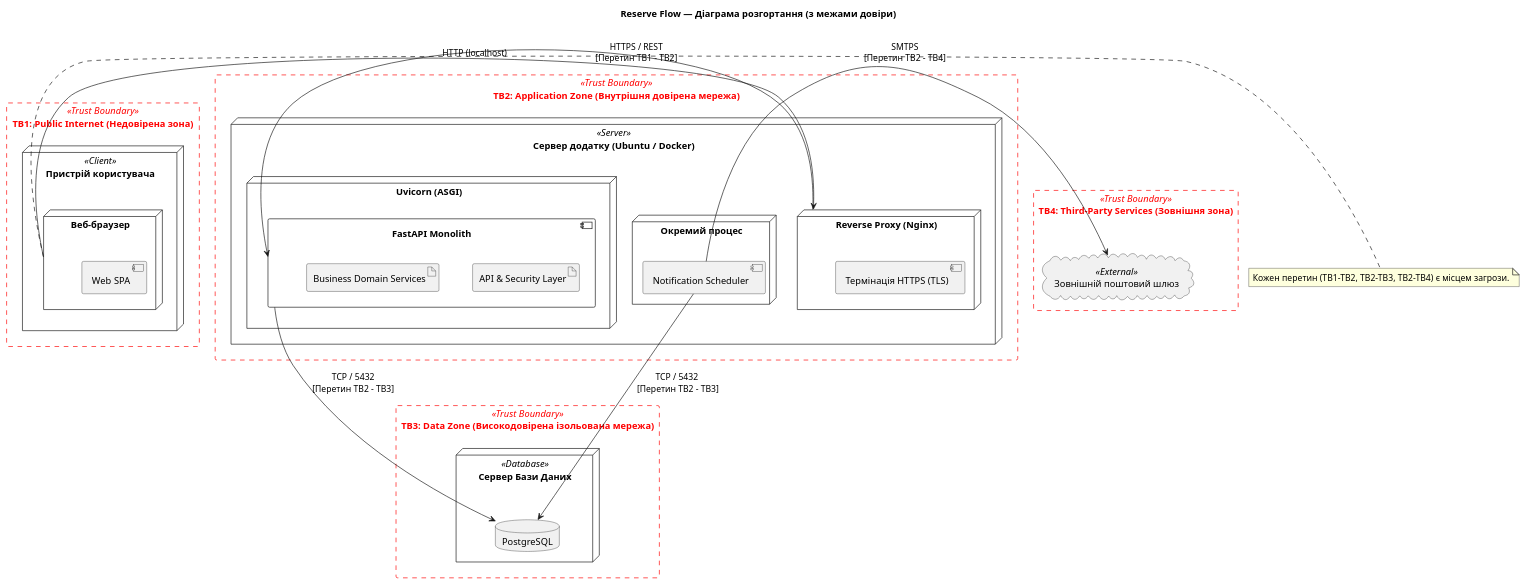
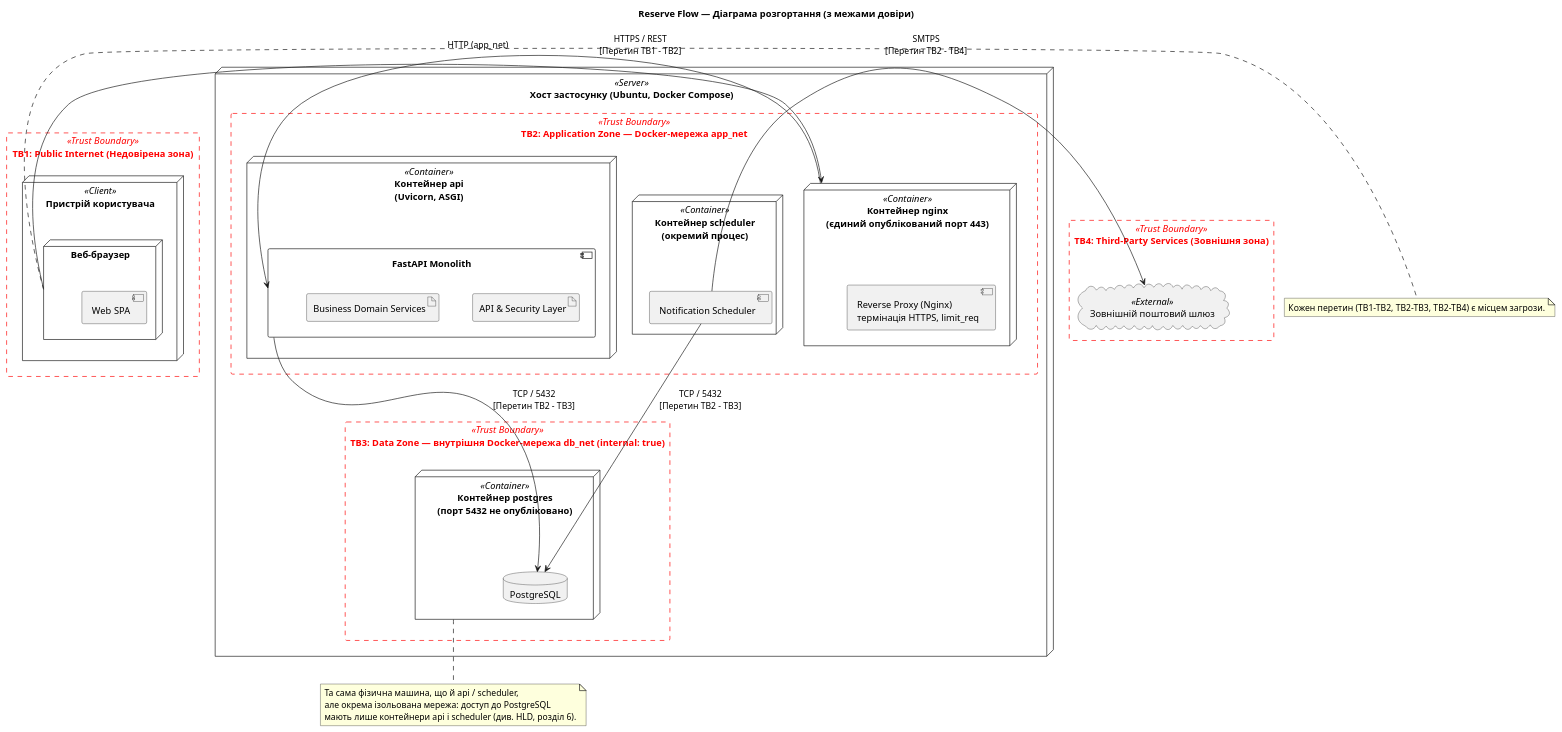
One commit to ukma-fin-ssdm-2026/reserve-flow changed the diagram in docs/architecture/uml/deployment.puml. Above: the diagram before and after it, drawn with PlantUML.

Commit message:
docs: Refactor deployment diagram with Docker containers

```diff
--- a/docs/architecture/uml/deployment.puml
+++ b/docs/architecture/uml/deployment.puml
@@ -1,65 +1,73 @@
 @startuml
 skinparam componentStyle uml2
 skinparam nodesep 50
 skinparam ranksep 50
 
 ' Налаштування стилю для меж довіри (Trust Boundaries)
 skinparam rectangle<<Trust Boundary>> {
     BorderColor Red
     BorderStyle dashed
     FontColor Red
     BackgroundColor transparent
     Shadowing false
 }
 
 title Reserve Flow — Діаграма розгортання (з межами довіри)
 
 rectangle "TB1: Public Internet (Недовірена зона)" <<Trust Boundary>> {
     node "Пристрій користувача" as ClientNode <<Client>> {
         node "Веб-браузер" as Browser {
             component "Web SPA" as SPA
         }
     }
 }
 
-rectangle "TB2: Application Zone (Внутрішня довірена мережа)" <<Trust Boundary>> {
-    node "Сервер додатку (Ubuntu / Docker)" as AppServer <<Server>> {
-        node "Reverse Proxy (Nginx)" as Proxy {
-            component "Термінація HTTPS (TLS)" as TLS
+node "Хост застосунку (Ubuntu, Docker Compose)" as Host <<Server>> {
+
+    rectangle "TB2: Application Zone — Docker-мережа app_net" <<Trust Boundary>> {
+        node "Контейнер nginx\n(єдиний опублікований порт 443)" as Proxy <<Container>> {
+            component "Reverse Proxy (Nginx)\nтермінація HTTPS, limit_req" as TLS
         }
-        node "Uvicorn (ASGI)" {
+        node "Контейнер api\n(Uvicorn, ASGI)" as ApiNode <<Container>> {
             component "FastAPI Monolith" as FastAPI {
                 artifact "API & Security Layer"
                 artifact "Business Domain Services"
             }
         }
-        node "Окремий процес" {
+        node "Контейнер scheduler\n(окремий процес)" as WorkerNode <<Container>> {
             component "Notification Scheduler" as Worker
         }
     }
-}
 
-rectangle "TB3: Data Zone (Високодовірена ізольована мережа)" <<Trust Boundary>> {
-    node "Сервер Бази Даних" as DBServer <<Database>> {
-        database "PostgreSQL" as Postgres
+    rectangle "TB3: Data Zone — внутрішня Docker-мережа db_net (internal: true)" <<Trust Boundary>> {
+        node "Контейнер postgres\n(порт 5432 не опубліковано)" as DBNode <<Container>> {
+            database "PostgreSQL" as Postgres
+        }
     }
 }
 
 rectangle "TB4: Third-Party Services (Зовнішня зона)" <<Trust Boundary>> {
     cloud "Зовнішній поштовий шлюз" as SMTPServer <<External>>
 }
 
 ' Зв'язки та протоколи
 Browser -right-> Proxy : HTTPS / REST\n[Перетин TB1 - TB2]
-Proxy -right-> FastAPI : HTTP (localhost)
+Proxy -right-> FastAPI : HTTP (app_net)
 FastAPI -down-> Postgres : TCP / 5432\n[Перетин TB2 - TB3]
-Worker -up-> Postgres : TCP / 5432 \n[Перетин TB2 - TB3]
+Worker -down-> Postgres : TCP / 5432\n[Перетин TB2 - TB3]
 Worker -right-> SMTPServer : SMTPS\n[Перетин TB2 - TB4]
 
 note right of Browser
 Кожен перетин (TB1-TB2, TB2-TB3, TB2-TB4) є місцем загрози.
 end note
 
+note bottom of DBNode
+Та сама фізична машина, що й api / scheduler,
+але окрема ізольована мережа: доступ до PostgreSQL
+мають лише контейнери api і scheduler (див. HLD, розділ 6).
+end note
+
 ' --- Використання ШІ: Gemini для налаштування стилю для меж довіри. Документ перевірено, відредаговано та затверджено учасниками команди ---
 ' --- Reverse proxy (SEC-001) додано за допомогою ШІ Claude. Перевірено і затверджено учасниками команди ---
+' --- Розміщення БД узгоджено з HLD (один хост, ізольована мережа db_net) за допомогою ШІ Claude; Перевірено і затверджено учасниками команди ---
 @enduml
```
